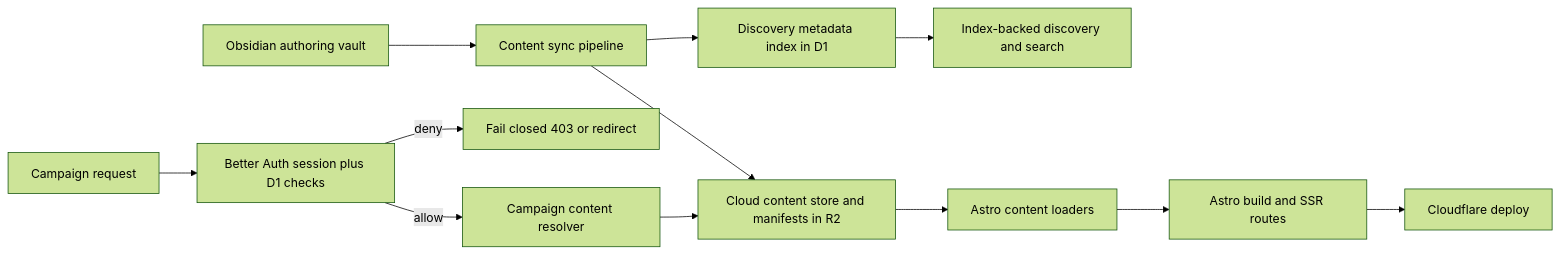
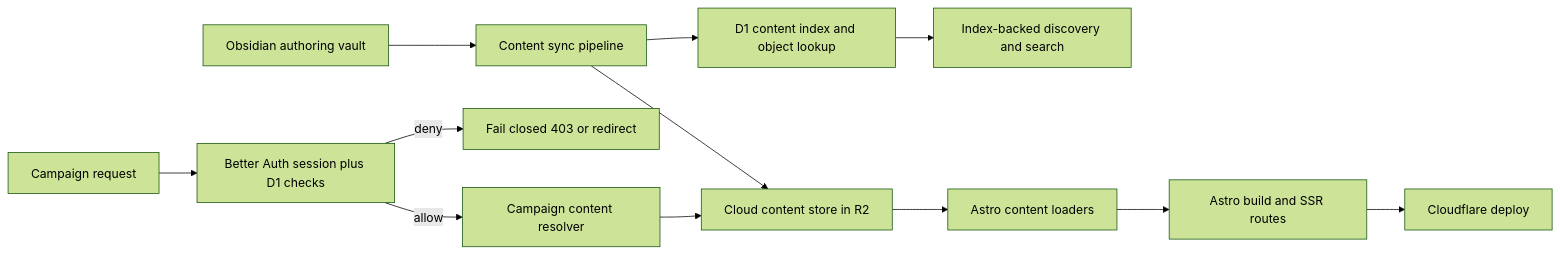
The diagram in README.md (bradarnst/worldofaletheia), drawn with Mermaid (forest theme) before and after one commit. The commit also changed other lines of this file and 41 other files, not shown here.

First line of the commit message:
refactor(content): make D1 the canonical cloud lookup source

````diff
--- a/README.md
+++ b/README.md
@@ -50,15 +51,15 @@
 ```mermaid
 flowchart LR
   O[Obsidian authoring vault] --> S[Content sync pipeline]
-  S --> R2[Cloud content store and manifests in R2]
-  S --> IDX[Discovery metadata index in D1]
+  S --> R2[Cloud content store in R2]
+  S --> IDX[D1 content index and object lookup]
   R2 --> A[Astro content loaders]
   A --> B[Astro build and SSR routes]
   IDX --> Q[Index-backed discovery and search]
   B --> CF[Cloudflare deploy]
 
   U[Campaign request] --> AUTH[Better Auth session plus D1 checks]
   AUTH -->|allow| CR[Campaign content resolver]
   CR --> R2
   AUTH -->|deny| X[Fail closed 403 or redirect]
 ```
````
